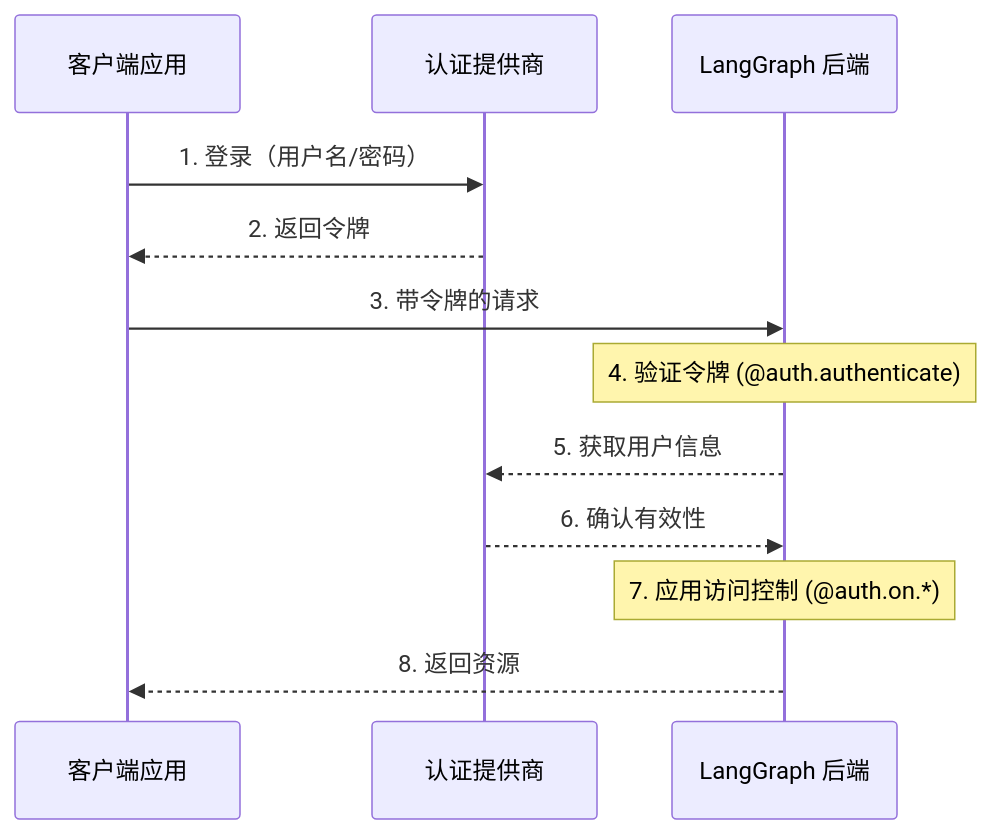
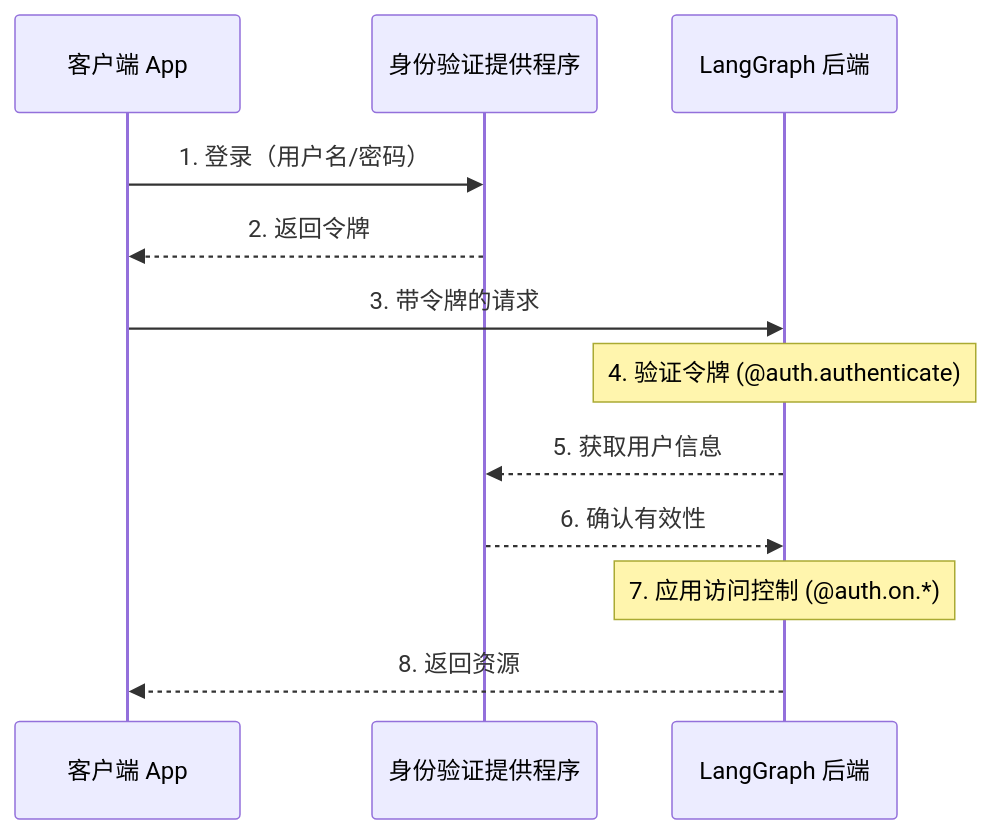
The first of 2 diagrams in docs/docs/concepts/auth.md (woniu9524/langgraph), drawn with Mermaid before and after one commit. The commit also changed other lines of this file and 123 other files, not shown here.

````diff
--- a/docs/docs/concepts/auth.md
+++ b/docs/docs/concepts/auth.md
@@ -71,15 +74,15 @@
 ```mermaid
 sequenceDiagram
-    participant Client as 客户端应用
-    participant Auth as 认证提供商
+    participant Client as 客户端 App
+    participant Auth as 身份验证提供程序
     participant LG as LangGraph 后端
 
     Client->>Auth: 1. 登录（用户名/密码）
     Auth-->>Client: 2. 返回令牌
     Client->>LG: 3. 带令牌的请求
     Note over LG: 4. 验证令牌 (@auth.authenticate)
     LG-->>Auth:  5. 获取用户信息
     Auth-->>LG: 6. 确认有效性
     Note over LG: 7. 应用访问控制 (@auth.on.*)
     LG-->>Client: 8. 返回资源
 ```
````
